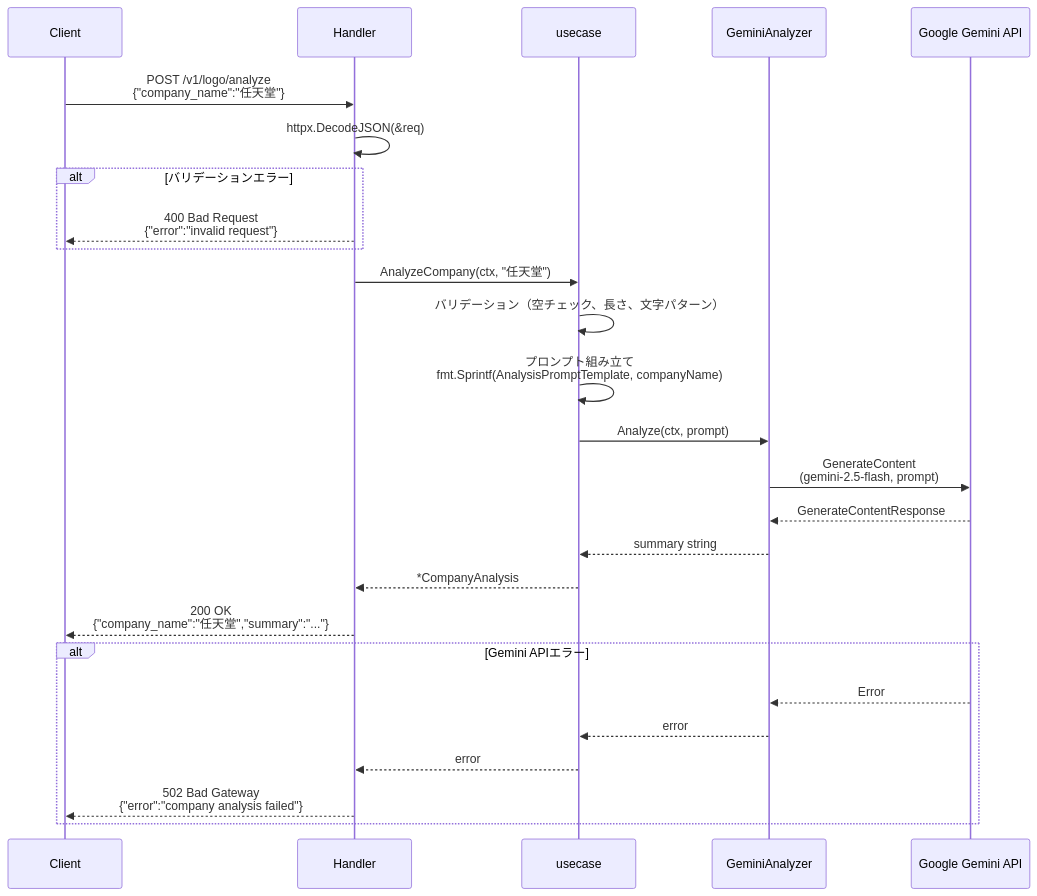
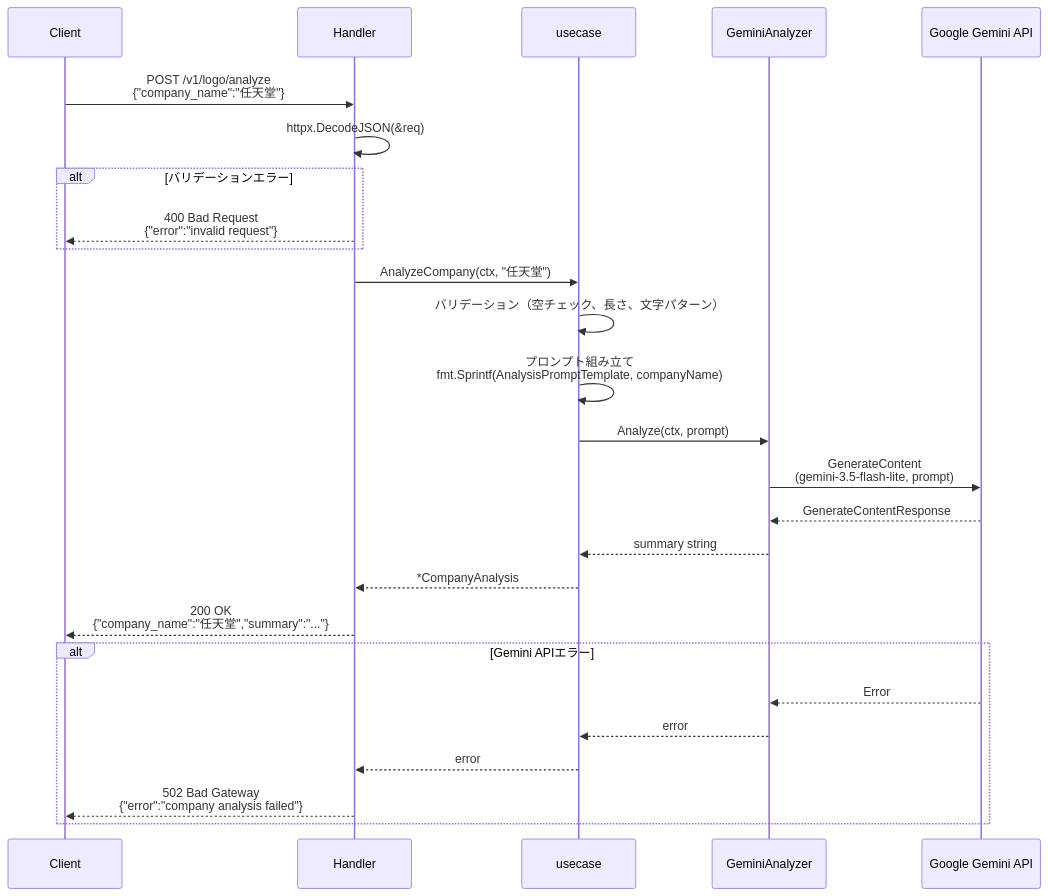
Before and after one commit to UCHIDAnobuhiro/stock-backend: the second of 3 diagrams in docs/features/logodetection.md, drawn with Mermaid. The commit also changed other lines of this file and 3 other files, not shown here.

````diff
--- a/docs/features/logodetection.md
+++ b/docs/features/logodetection.md
@@ -59,32 +59,32 @@
 ```mermaid
 sequenceDiagram
     participant Client
     participant Handler as Handler
     participant Usecase as usecase
     participant Gemini as GeminiAnalyzer
     participant API as Google Gemini API
 
     Client->>Handler: POST /v1/logo/analyze<br/>{"company_name":"任天堂"}
     Handler->>Handler: httpx.DecodeJSON(&req)
 
     alt バリデーションエラー
         Handler-->>Client: 400 Bad Request<br/>{"error":"invalid request"}
     end
 
     Handler->>Usecase: AnalyzeCompany(ctx, "任天堂")
     Usecase->>Usecase: バリデーション（空チェック、長さ、文字パターン）
     Usecase->>Usecase: プロンプト組み立て<br/>fmt.Sprintf(AnalysisPromptTemplate, companyName)
     Usecase->>Gemini: Analyze(ctx, prompt)
-    Gemini->>API: GenerateContent<br/>(gemini-2.5-flash, prompt)
+    Gemini->>API: GenerateContent<br/>(gemini-3.5-flash-lite, prompt)
     API-->>Gemini: GenerateContentResponse
     Gemini-->>Usecase: summary string
     Usecase-->>Handler: *CompanyAnalysis
     Handler-->>Client: 200 OK<br/>{"company_name":"任天堂","summary":"..."}
 
     alt Gemini APIエラー
         API-->>Gemini: Error
         Gemini-->>Usecase: error
         Usecase-->>Handler: error
         Handler-->>Client: 502 Bad Gateway<br/>{"error":"company analysis failed"}
     end
 ```
````
